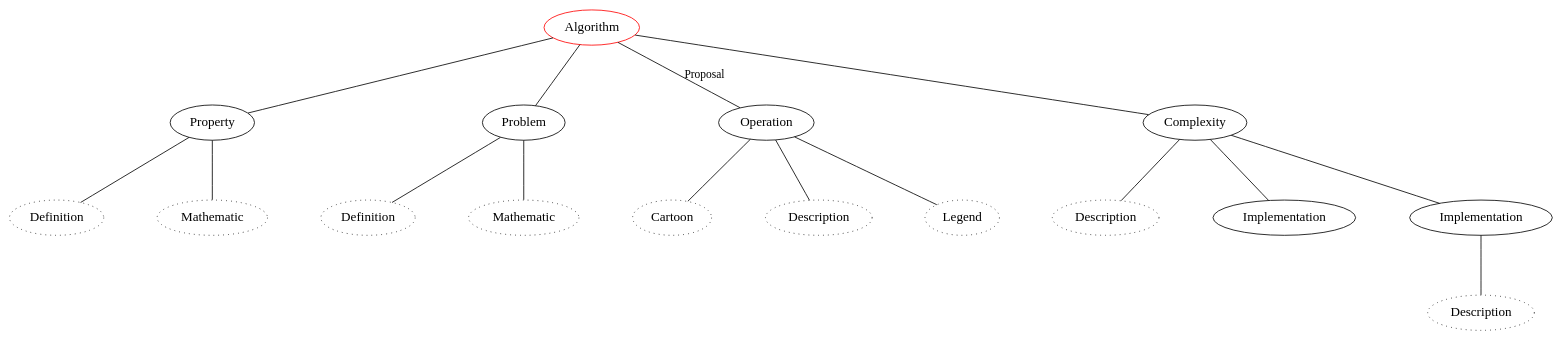
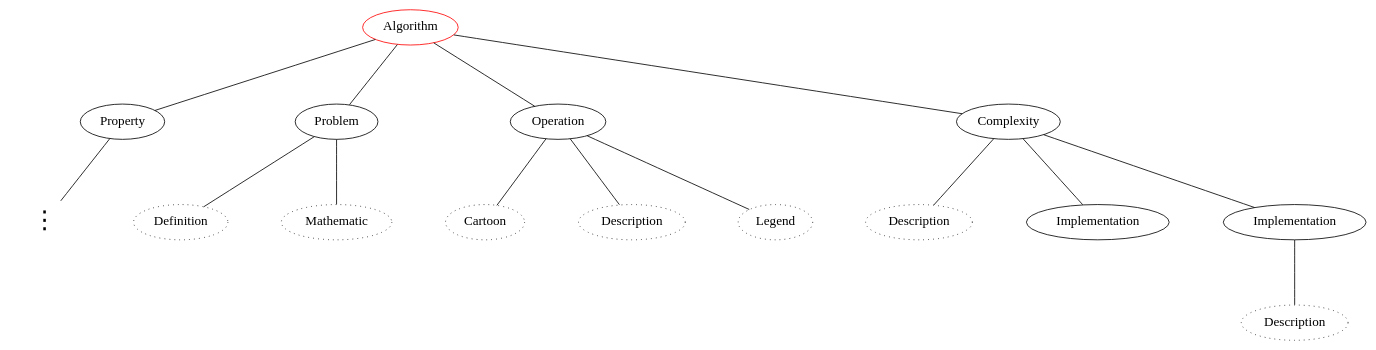
Before and after one commit to doyougnu/XOP_Encoding: the diagram in paper/gtpaper/DJK_tree.dot, drawn with Graphviz. The commit also changed 1 other file, not shown here.

```diff
--- a/paper/gtpaper/DJK_tree.dot
+++ b/paper/gtpaper/DJK_tree.dot
@@ -1,141 +1,116 @@
 digraph graph_name {
   graph [
     charset = "UTF-8";
     labelloc = "t",
     labeljust = "c",
-    // bgcolor = "#343434",
-    // fontcolor = white,
-    // fontsize = 18,
-    // style = "filled",
-    // rankdir = TB,
     margin = 0.2,
     splines = spline,
     ordering = out,
     ranksep = 1.0,
     nodesep = 0.9
   ];
 
   node [
-    // colorscheme = "rdylgn11"
-    // style = "solid,filled",
     fontsize = 16,
     fontcolor = 6,
     fontname = "Migu 1M",
     color = 7,
     fillcolor = 11,
-    // fixedsize = true,
     height = 0.6,
     width = 1.2
   ];
 
   edge [
     style = solid,
     fontsize = 14,
-    // fontcolor = white,
-    // fontname = "Migu 1M",
-    // color = white,
     labelfloat = true,
     labeldistance = 2.5,
     labelangle = 70,
     arrowhead = none,
   ];
 
   // node define
   Algorithm [color = red];
   // History2 [label = "History"];
   // Def2 [label = "Definition", style = dotted];
 
   // leaf define
   // Description [style = dotted];
   // Def [label = "Definition", style = dotted];
-  Def2 [label = "Definition", style = dotted];
-  Math [label = "Mathematic", style = dotted];
   Def3 [label = "Definition", style = dotted];
   Math2 [label = "Mathematic", style = dotted];
   // Assu [label = "Abstraction", style = dotted];
   // Code [label = "Code", style = dotted];
   Ctn [label = "Cartoon", style = dotted];
   Lgnd [label = "Legend", style = dotted];
   Desc [label = "Description", style = dotted];
   // Prop [label = "Proposal", style = dotted];
 
   // InVivo [style = dotted];
   // Definition [style = dotted];
   // Outline [label = "Outline:Meta", style = dotted];
   // C1 [label = "Comment:Caveat", style = dotted];
 
   // Nodes must be defined in order
   // Algorithm -> History;
   // Algorithm -> Class;
 
 
 
   // edges
-  // History -> Description;
-  // Algorithm -> Application [label = "Example"];
-  // Algorithm -> History2 [label = "Description"];
-  // Algorithm -> Motivation [style = dotted];
-  // Algorithm -> InVivo;
-  // Algorithm -> Definition;
-  // Algorithm -> Outline;
-  // Algorithm -> Def2;
-  // Algorithm -> C1;
-
-  // Algorithm -> Assu;
-  // Algorithm -> Code;
-  // Algorithm -> Def;
   Algorithm -> Property;
 
-  Property -> Def2;
-  Property -> Math;
+  // Def2 [label = "Definition", style = dotted];
+  // Math [label = "Mathematic", style = dotted];
+  // Property -> Def2;
+  // Property -> Math;
+  Property -> Dummy1;
+  Dummy1 [label = "⋮" , color="white" , fontsize=30];
   Algorithm -> Problem;
   Problem -> Def3;
   Problem -> Math2;
 
-  Algorithm -> Operation [label = "Proposal"];
+  Algorithm -> Operation;
   Operation -> Ctn;
   Operation -> Desc;
   Operation -> Lgnd;
   // Cases [label = "Cases", style = dotted];
   // Prf [label = "Proof", style = dotted];
   // BCase [label = "Base Case", style = dotted];
   // Desc2 [label = "Description", style = dotted];
   // Math3 [label = "Mathematic", style = dotted];
   // Operation -> Prf;
   // Operation -> BCase;
   // Operation -> Desc2;
   // Operation -> Math3;
   // Prp [label = "Proposal", style = dotted];
   // Operation -> Prp;
   // Desc3 [label = "Description", style = dotted];
   // Operation -> Desc3;
   // Cases2 [label = "Cases", style = dotted];
   // Desc4 [label = "Description", style = dotted];
   // Math4 [label = "Mathematic", style = dotted];
   // Operation -> Cases2;
   // Operation -> Desc4;
   // Operation -> Math4;
   // Conc [label = "Conclusion", style = dotted];
   // Operation -> Conc;
   // Desc5 [label = "Description", style = dotted];
   // Operation -> Desc5;
   // Ctn2 [label = "Cartoon", style = dotted];
   // Operation -> Ctn2;
   // Prop [label = "Proposal", style = dotted];
   // Operation -> Prop;
   // Desc6 [label = "Description", style = dotted];
   // Prf2 [label = "Proof", style = dotted];
   // Operation -> Desc6;
   // Operation -> Prf2;
   Algorithm -> Complexity;
   Desc7 [label = "Description", style = dotted];
   Complexity -> Desc7;
   Complexity -> Implementation;
   Impl [label = "Implementation"];
   Complexity -> Impl;
   Desc8 [label = "Description", style = dotted];
   Impl -> Desc8;
-
-
-
 }
```
